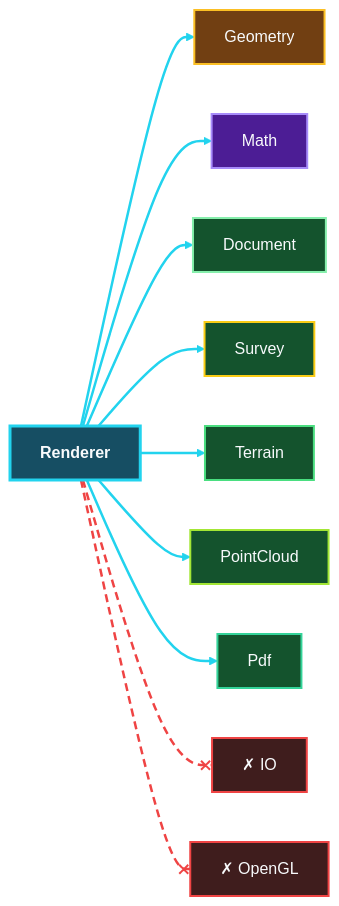
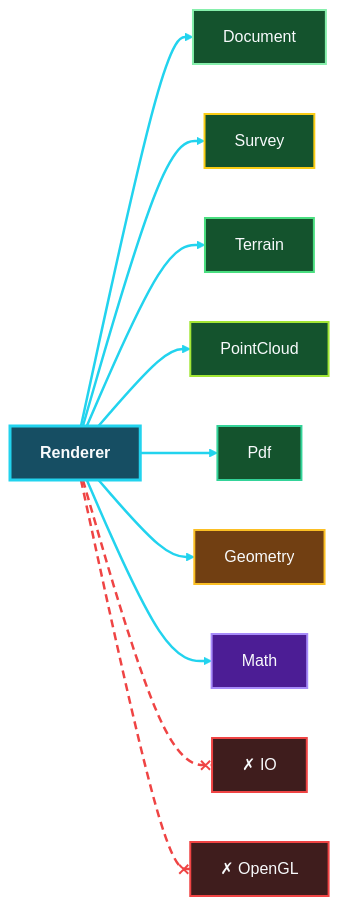
One commit to chetjones003/GoSurvey changed the fourth of 42 diagrams in docs/architecture/system-dependencies.md. Above: the diagram before and after it, drawn with Mermaid (forest theme). The commit also changed other lines of this file and 3 other files, not shown here.

First line of the commit message:
tools: structure diagram generator and check it in CI

````diff
--- a/docs/architecture/system-dependencies.md
+++ b/docs/architecture/system-dependencies.md
@@ -178,41 +180,41 @@
 ```mermaid
 flowchart LR
   renderer__src["<b>Renderer</b>"]
-  renderer__geometry["Geometry"]
-  renderer__math["Math"]
   renderer__document["Document"]
   renderer__survey["Survey"]
   renderer__terrain["Terrain"]
   renderer__pointcloud["PointCloud"]
   renderer__pdf["Pdf"]
+  renderer__geometry["Geometry"]
+  renderer__math["Math"]
   renderer__x_io["✗ IO"]
   renderer__x_pgl["✗ OpenGL"]
-  renderer__src --> renderer__geometry
-  renderer__src --> renderer__math
   renderer__src --> renderer__document
   renderer__src --> renderer__survey
   renderer__src --> renderer__terrain
   renderer__src --> renderer__pointcloud
   renderer__src --> renderer__pdf
+  renderer__src --> renderer__geometry
+  renderer__src --> renderer__math
   renderer__src -.-x renderer__x_io
   renderer__src -.-x renderer__x_pgl
   style renderer__src fill:#164e63,stroke:#22d3ee,stroke-width:3px,color:#f8fafc
-  style renderer__geometry fill:#713f12,stroke:#fbbf24,stroke-width:2px,color:#f8fafc
-  style renderer__math fill:#4c1d95,stroke:#a78bfa,stroke-width:2px,color:#f8fafc
   style renderer__document fill:#14532d,stroke:#86efac,stroke-width:2px,color:#f8fafc
   style renderer__survey fill:#14532d,stroke:#facc15,stroke-width:2px,color:#f8fafc
   style renderer__terrain fill:#14532d,stroke:#4ade80,stroke-width:2px,color:#f8fafc
   style renderer__pointcloud fill:#14532d,stroke:#a3e635,stroke-width:2px,color:#f8fafc
   style renderer__pdf fill:#14532d,stroke:#34d399,stroke-width:2px,color:#f8fafc
+  style renderer__geometry fill:#713f12,stroke:#fbbf24,stroke-width:2px,color:#f8fafc
+  style renderer__math fill:#4c1d95,stroke:#a78bfa,stroke-width:2px,color:#f8fafc
   style renderer__x_io fill:#3f1d1d,stroke:#ef4444,stroke-width:2px,color:#f8fafc
   style renderer__x_pgl fill:#3f1d1d,stroke:#ef4444,stroke-width:2px,color:#f8fafc
   linkStyle 0 stroke:#22d3ee,stroke-width:2.5px
   linkStyle 1 stroke:#22d3ee,stroke-width:2.5px
   linkStyle 2 stroke:#22d3ee,stroke-width:2.5px
   linkStyle 3 stroke:#22d3ee,stroke-width:2.5px
   linkStyle 4 stroke:#22d3ee,stroke-width:2.5px
   linkStyle 5 stroke:#22d3ee,stroke-width:2.5px
   linkStyle 6 stroke:#22d3ee,stroke-width:2.5px
   linkStyle 7 stroke:#ef4444,stroke-width:2.5px,stroke-dasharray:8 5
   linkStyle 8 stroke:#ef4444,stroke-width:2.5px,stroke-dasharray:8 5
 ```
````
